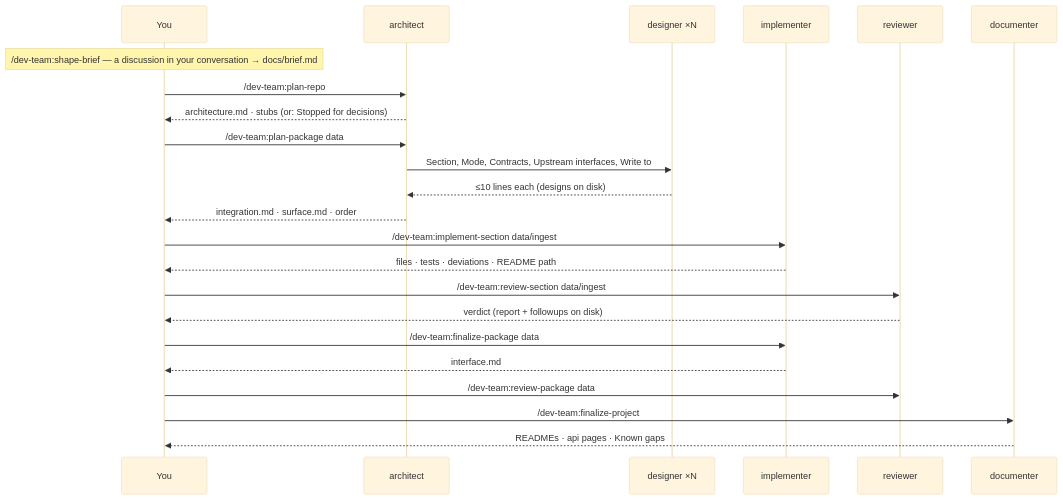
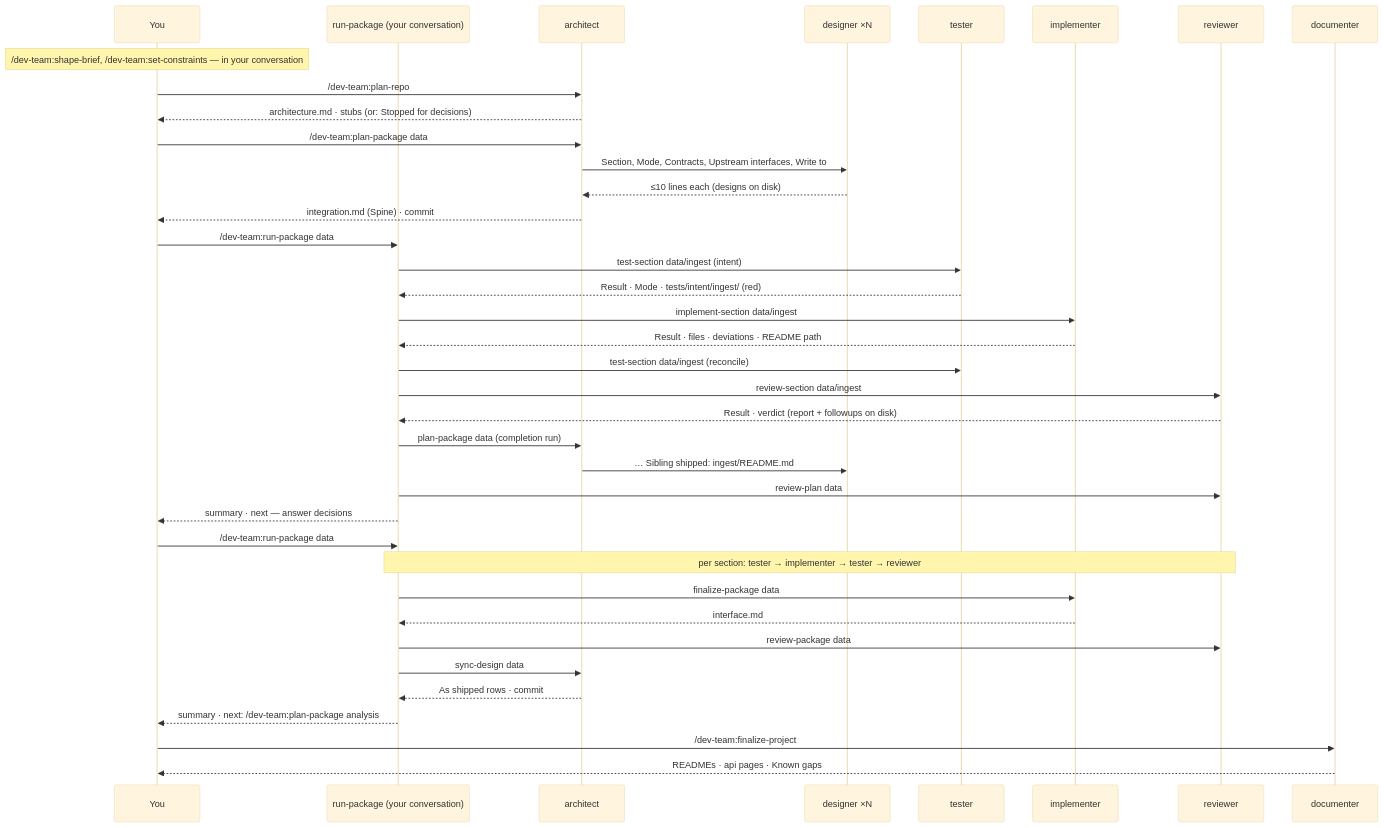
One commit to cott435/cott-plugins changed the third of 3 diagrams in dev-team/site/flow.md. Above: the diagram before and after it, drawn with Mermaid (base theme). The commit also changed other lines of this file and 11 other files, not shown here.

First line of the commit message:
dev-team 0.5 (phase 9): docs, site, changelog; end-to-end eval logged

````diff
--- a/dev-team/site/flow.md
+++ b/dev-team/site/flow.md
@@ -79,25 +96,40 @@
 ```mermaid
 sequenceDiagram
   participant You
+  participant Drv as run-package (your conversation)
   participant Arch as architect
   participant Des as designer ×N
+  participant Tst as tester
   participant Impl as implementer
   participant Rev as reviewer
   participant Doc as documenter
-  Note over You: /dev-team:shape-brief — a discussion in your conversation → docs/brief.md
+  Note over You: /dev-team:shape-brief, /dev-team:set-constraints — in your conversation
   You->>Arch: /dev-team:plan-repo
   Arch-->>You: architecture.md · stubs (or: Stopped for decisions)
   You->>Arch: /dev-team:plan-package data
   Arch->>Des: Section, Mode, Contracts, Upstream interfaces, Write to
   Des-->>Arch: ≤10 lines each (designs on disk)
-  Arch-->>You: integration.md · surface.md · order
-  You->>Impl: /dev-team:implement-section data/ingest
-  Impl-->>You: files · tests · deviations · README path
-  You->>Rev: /dev-team:review-section data/ingest
-  Rev-->>You: verdict (report + followups on disk)
-  You->>Impl: /dev-team:finalize-package data
-  Impl-->>You: interface.md
-  You->>Rev: /dev-team:review-package data
+  Arch-->>You: integration.md (Spine) · commit
+  You->>Drv: /dev-team:run-package data
+  Drv->>Tst: test-section data/ingest (intent)
+  Tst-->>Drv: Result · Mode · tests/intent/ingest/ (red)
+  Drv->>Impl: implement-section data/ingest
+  Impl-->>Drv: Result · files · deviations · README path
+  Drv->>Tst: test-section data/ingest (reconcile)
+  Drv->>Rev: review-section data/ingest
+  Rev-->>Drv: Result · verdict (report + followups on disk)
+  Drv->>Arch: plan-package data (completion run)
+  Arch->>Des: … Sibling shipped: ingest/README.md
+  Drv->>Rev: review-plan data
+  Drv-->>You: summary · next — answer decisions
+  You->>Drv: /dev-team:run-package data
+  Note over Drv,Rev: per section: tester → implementer → tester → reviewer
+  Drv->>Impl: finalize-package data
+  Impl-->>Drv: interface.md
+  Drv->>Rev: review-package data
+  Drv->>Arch: sync-design data
+  Arch-->>Drv: As shipped rows · commit
+  Drv-->>You: summary · next: /dev-team:plan-package analysis
   You->>Doc: /dev-team:finalize-project
   Doc-->>You: READMEs · api pages · Known gaps
 ```
````
